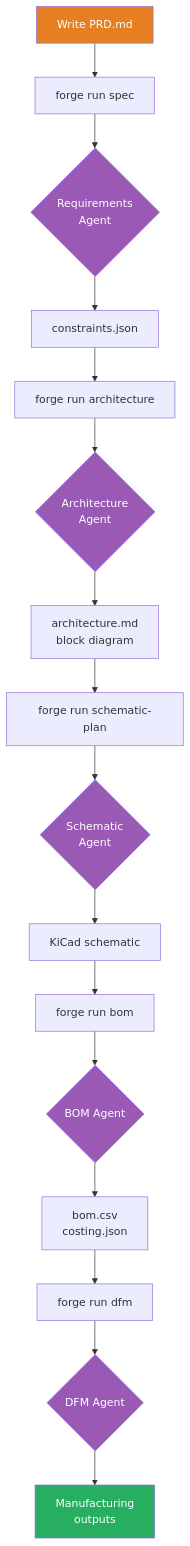
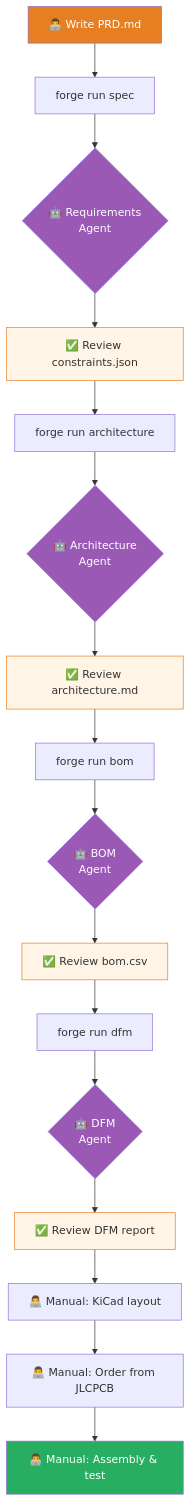
One commit to FidelOdok/MetaForge-Planner changed diagram 18 of 22 in docs/index.md. Above: the diagram before and after it, drawn with Mermaid. The commit also changed other lines of this file and 2 other files, not shown here.

First line of the commit message:
docs: update MetaForge documentation to reflect new platform vision and address hardware development challenges

````diff
--- a/docs/index.md
+++ b/docs/index.md
@@ -256,30 +920,33 @@
 ```mermaid
 flowchart TD
-    A[Write PRD.md] --> B[forge run spec]
-    B --> C{Requirements<br/>Agent}
-    C --> D[constraints.json]
+    A[👨‍💻 Write PRD.md] --> B[forge run spec]
+    B --> C{🤖 Requirements<br/>Agent}
+    C --> D[✅ Review constraints.json]
 
     D --> E[forge run architecture]
-    E --> F{Architecture<br/>Agent}
-    F --> G[architecture.md<br/>block diagram]
+    E --> F{🤖 Architecture<br/>Agent}
+    F --> G[✅ Review architecture.md]
 
-    G --> H[forge run schematic-plan]
-    H --> I{Schematic<br/>Agent}
-    I --> J[KiCad schematic]
+    G --> H[forge run bom]
+    H --> I{🤖 BOM<br/>Agent}
+    I --> J[✅ Review bom.csv]
 
-    J --> K[forge run bom]
-    K --> L{BOM Agent}
-    L --> M[bom.csv<br/>costing.json]
+    J --> K[forge run dfm]
+    K --> L{🤖 DFM<br/>Agent}
+    L --> M[✅ Review DFM report]
 
-    M --> N[forge run dfm]
-    N --> O{DFM Agent}
-    O --> P[Manufacturing<br/>outputs]
+    M --> N[👨‍💻 Manual: KiCad layout]
+    N --> O[👨‍💻 Manual: Order from JLCPCB]
+    O --> P[👨‍💻 Manual: Assembly & test]
 
     style A fill:#E67E22,color:#fff
-    style P fill:#27ae60,color:#fff
+    style D fill:#FFF4E6,stroke:#E67E22
+    style G fill:#FFF4E6,stroke:#E67E22
+    style J fill:#FFF4E6,stroke:#E67E22
+    style M fill:#FFF4E6,stroke:#E67E22
     style C fill:#9b59b6,color:#fff
     style F fill:#9b59b6,color:#fff
     style I fill:#9b59b6,color:#fff
     style L fill:#9b59b6,color:#fff
-    style O fill:#9b59b6,color:#fff
+    style P fill:#27ae60,color:#fff
 ```
````
